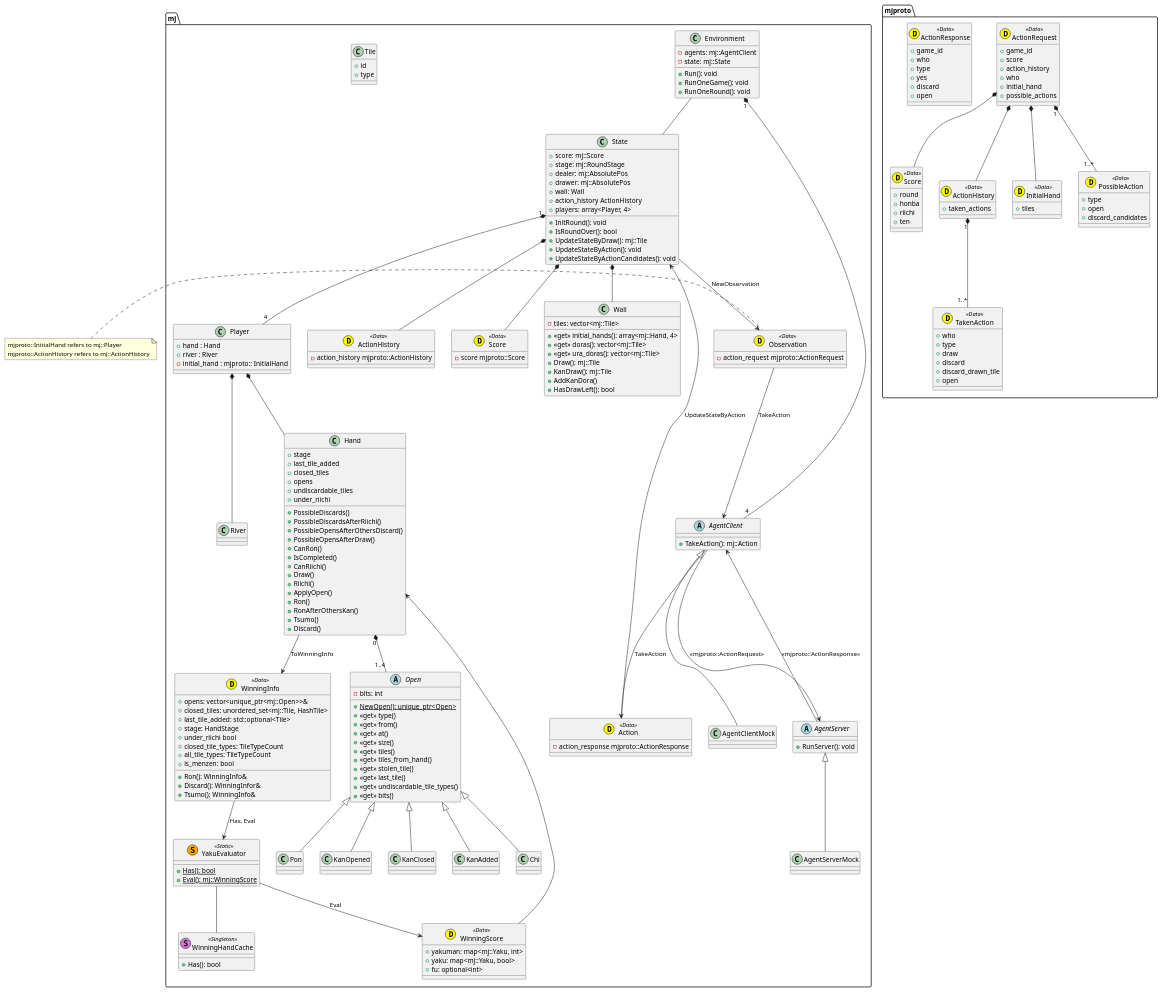
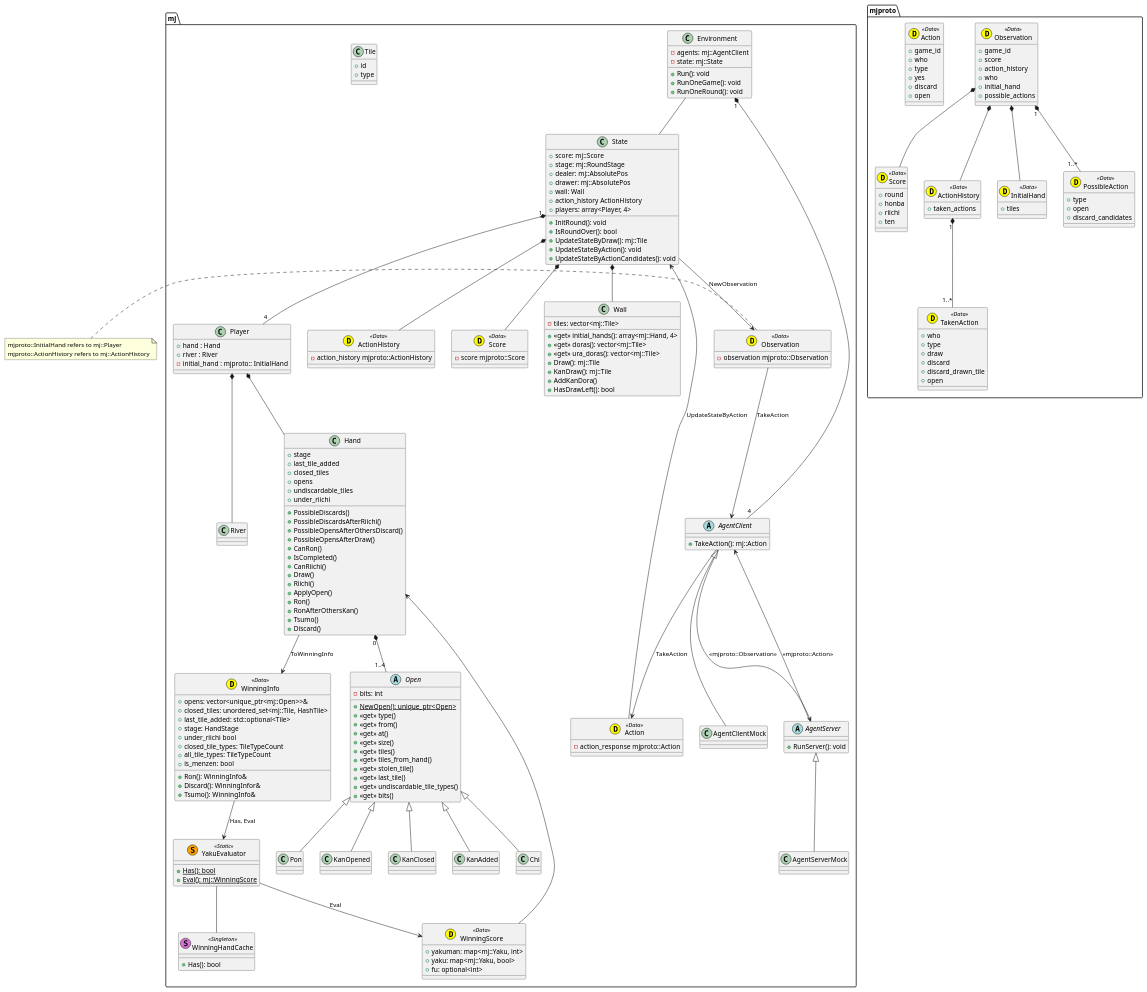
One commit to mjx-project/mjx changed the diagram in diagram.pu. Above: the diagram before and after it, drawn with PlantUML. The commit also changed 8 other files, not shown here.

Commit message:
refactor: rename mjproto::ActionRequest and mjproto::ActionResponse to mjproto::Observation and mjproto::Action

```diff
--- a/diagram.pu
+++ b/diagram.pu
@@ -32,7 +32,7 @@
   + discard_candidates
 }
 
-class mjproto::ActionRequest <<(D,yellow) Data>> {
+class mjproto::Observation <<(D,yellow) Data>> {
   + game_id
   + score
   + action_history
@@ -41,7 +41,7 @@
   + possible_actions
 }
 
-class mjproto::ActionResponse <<(D,yellow) Data>> { 
+class mjproto::Action <<(D,yellow) Data>> { 
   + game_id 
   + who
   + type
@@ -50,10 +50,10 @@
   + open
 }
 
-mjproto::ActionRequest *-- mjproto::Score
-mjproto::ActionRequest *-- mjproto::ActionHistory
-mjproto::ActionRequest *-- mjproto::InitialHand
-mjproto::ActionRequest "1" *-- "1..*" mjproto::PossibleAction
+mjproto::Observation *-- mjproto::Score
+mjproto::Observation *-- mjproto::ActionHistory
+mjproto::Observation *-- mjproto::InitialHand
+mjproto::Observation "1" *-- "1..*" mjproto::PossibleAction
 
 mjproto::ActionHistory "1" *-- "1..*" mjproto::TakenAction
 
@@ -117,7 +117,7 @@
 }
 
 class mj::Observation <<(D,yellow) Data>> {
-    - action_request mjproto::ActionRequest
+    - observation mjproto::Observation
 }
 note left
 mjproto::InitialHand refers to mj::Player
@@ -165,7 +165,7 @@
 } 
 
 class mj::Action <<(D,yellow) Data>> {
-    - action_response mjproto::ActionResponse
+    - action_response mjproto::Action
 }
 
 class mj::Hand {
@@ -263,11 +263,11 @@
 
 mj::WinningScore --> mj::Hand
 
-mj::AgentClient --> mj::AgentServer : <<mjproto::ActionRequest>>
+mj::AgentClient --> mj::AgentServer : <<mjproto::Observation>>
 mj::AgentClient --> mj::Action : TakeAction
 mj::AgentClient <|-- mj::AgentClientMock
 
-mj::AgentServer --> mj::AgentClient : <<mjproto::ActionResponse>>
+mj::AgentServer --> mj::AgentClient : <<mjproto::Action>>
 mj::AgentServer <|-- mj::AgentServerMock
 
 
```
